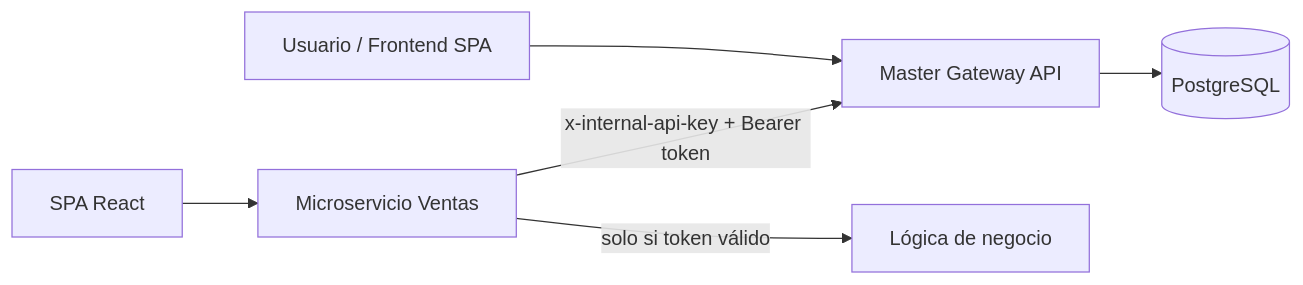
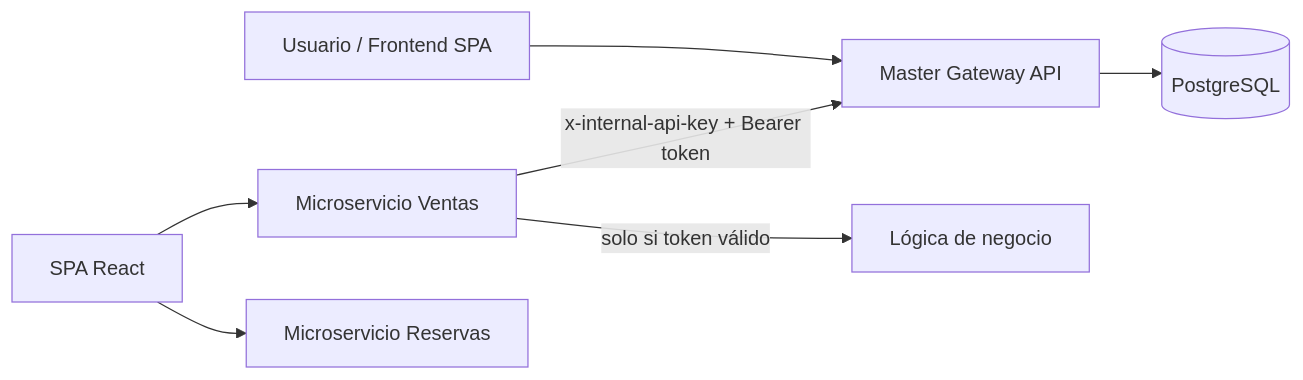
The first of 4 diagrams in README.md (AlejandroToscan0/ProyectoP3_SWSeguro), drawn with Mermaid before and after one commit. The commit also changed other lines of this file and 31 other files, not shown here.

````diff
--- a/README.md
+++ b/README.md
@@ -36,8 +41,9 @@
 ```mermaid
 flowchart LR
     U[Usuario / Frontend SPA] --> MG[Master Gateway API]
     MG --> DB[(PostgreSQL)]
     SPA[SPA React] --> V[Microservicio Ventas]
+    SPA --> R[Microservicio Reservas]
     V -->|x-internal-api-key + Bearer token| MG
     V -->|solo si token válido| BUS[Lógica de negocio]
 ```
````
